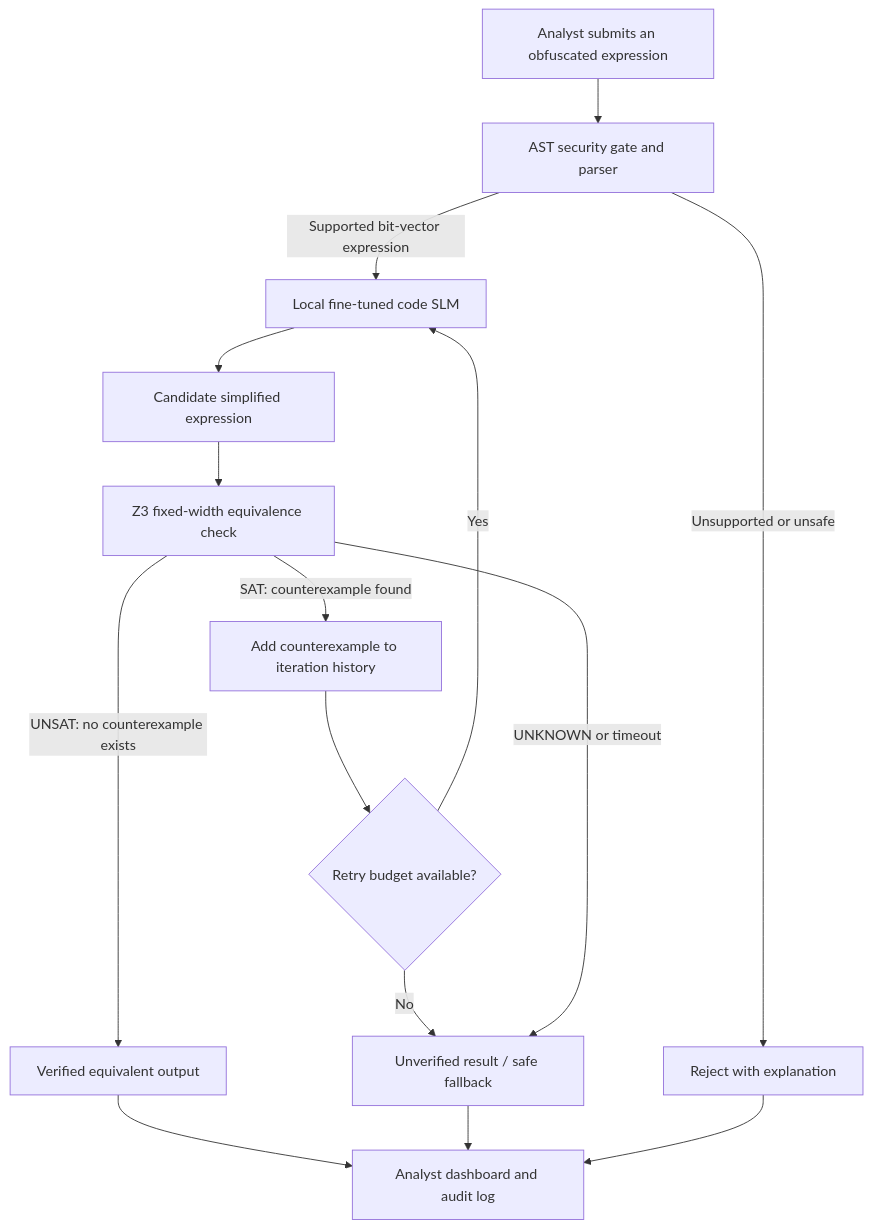
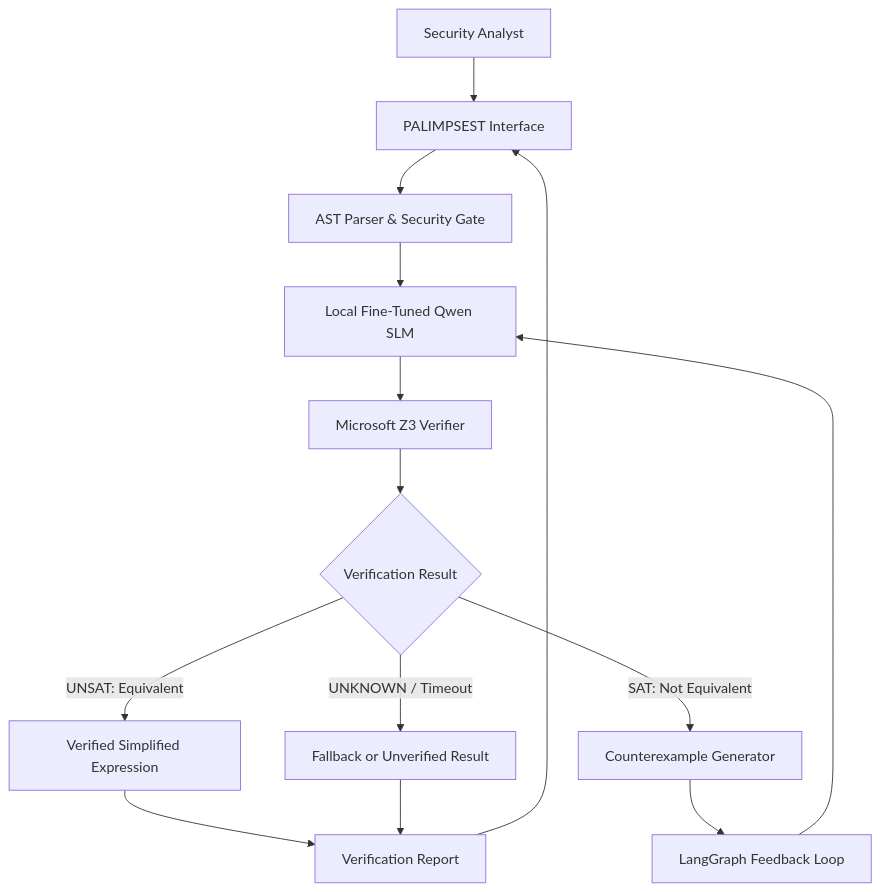
Before and after one commit to anbukumaran1/PALIMPSEST: the first of 3 diagrams in README.md, drawn with Mermaid. The commit also changed other lines of this file, not shown here.

````diff
--- a/README.md
+++ b/README.md
@@ -43,17 +155,19 @@
 ```mermaid
 flowchart TD
-    A[Analyst submits an obfuscated expression] --> B[AST security gate and parser]
-    B -->|Unsupported or unsafe| R[Reject with explanation]
-    B -->|Supported bit-vector expression| C[Local fine-tuned code SLM]
-    C --> D[Candidate simplified expression]
-    D --> E[Z3 fixed-width equivalence check]
-    E -->|UNSAT: no counterexample exists| F[Verified equivalent output]
-    E -->|SAT: counterexample found| G[Add counterexample to iteration history]
-    G --> H{Retry budget available?}
-    H -->|Yes| C
-    H -->|No| U[Unverified result / safe fallback]
-    E -->|UNKNOWN or timeout| U
-    F --> I[Analyst dashboard and audit log]
-    U --> I
-    R --> I
+    A["Security Analyst"] --> B["PALIMPSEST Interface"]
+    B --> C["AST Parser & Security Gate"]
+    C --> D["Local Fine-Tuned Qwen SLM"]
+    D --> E["Microsoft Z3 Verifier"]
+    E --> F{"Verification Result"}
+
+    F -->|"UNSAT: Equivalent"| G["Verified Simplified Expression"]
+    F -->|"SAT: Not Equivalent"| H["Counterexample Generator"]
+    H --> I["LangGraph Feedback Loop"]
+    I --> D
+
+    F -->|"UNKNOWN / Timeout"| J["Fallback or Unverified Result"]
+
+    G --> K["Verification Report"]
+    J --> K
+    K --> B
 ```
````
